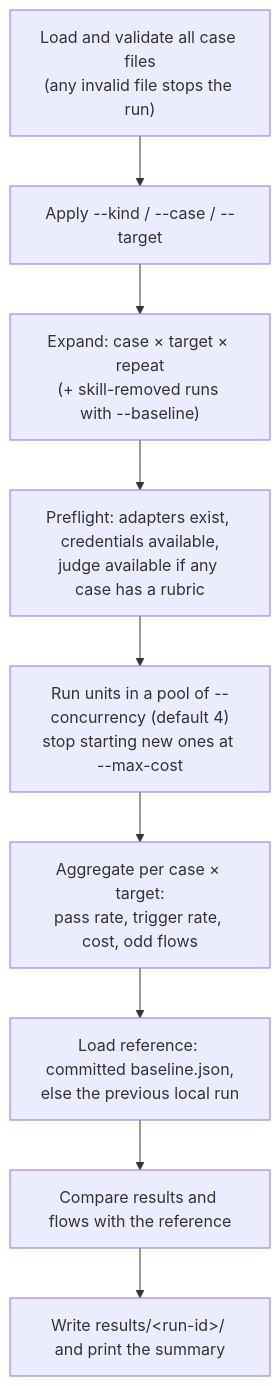
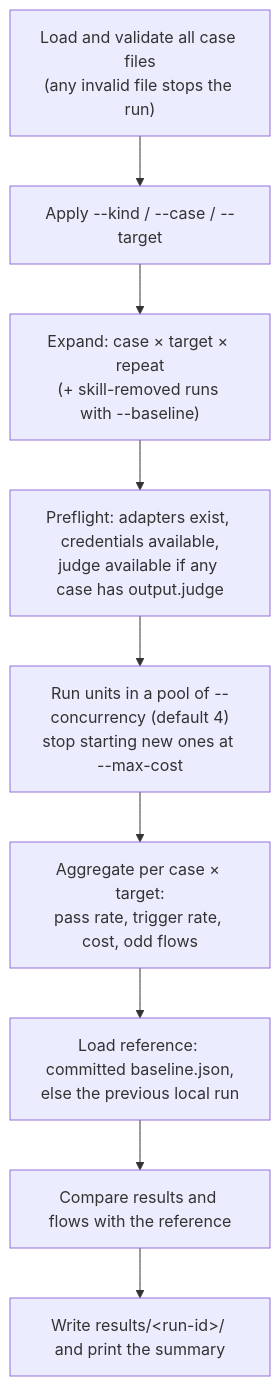
One commit to InteropIO/iointel-dev-kit changed the third of 8 diagrams in evals/README.md. Above: the diagram before and after it, drawn with Mermaid. The commit also changed other lines of this file and 58 other files, not shown here.

````diff
--- a/evals/README.md
+++ b/evals/README.md
@@ -102,11 +102,11 @@
 ```mermaid
 flowchart TD
     load["Load and validate all case files<br/>(any invalid file stops the run)"] --> filter["Apply --kind / --case / --target"]
     filter --> expand["Expand: case × target × repeat<br/>(+ skill-removed runs with --baseline)"]
-    expand --> preflight["Preflight: adapters exist, credentials available,<br/>judge available if any case has a rubric"]
+    expand --> preflight["Preflight: adapters exist, credentials available,<br/>judge available if any case has output.judge"]
     preflight --> pool["Run units in a pool of --concurrency (default 4)<br/>stop starting new ones at --max-cost"]
     pool --> agg["Aggregate per case × target:<br/>pass rate, trigger rate, cost, odd flows"]
     agg --> ref["Load reference: committed baseline.json,<br/>else the previous local run"]
     ref --> cmp["Compare results and flows with the reference"]
     cmp --> out["Write results/&lt;run-id&gt;/ and print the summary"]
 ```
````
